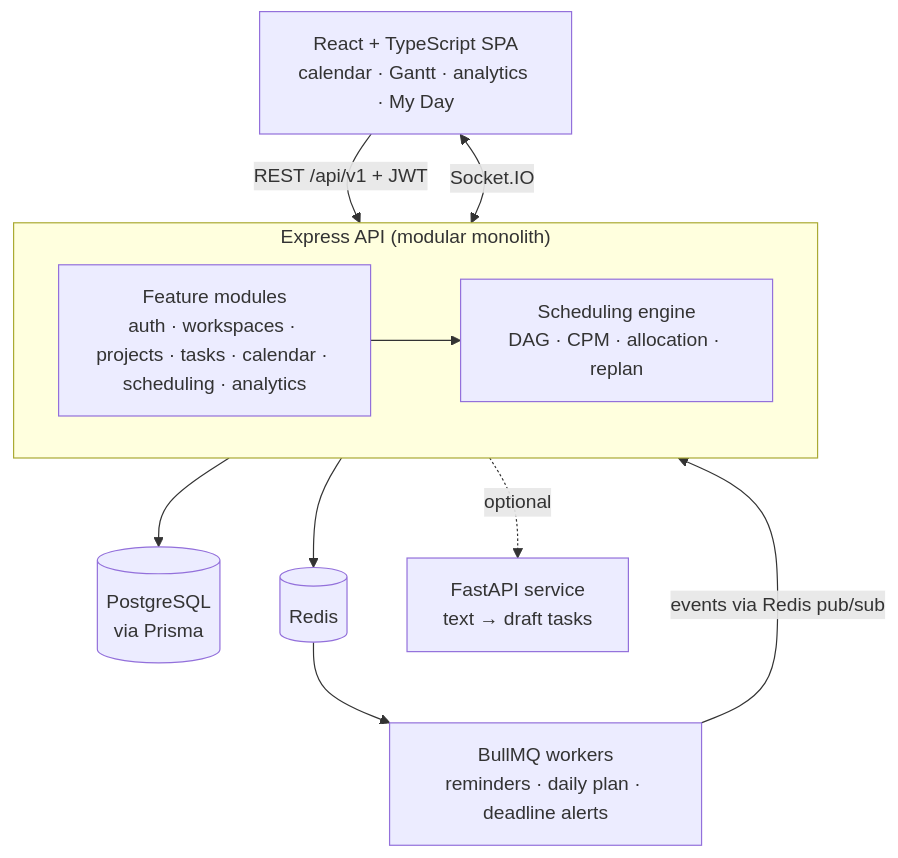
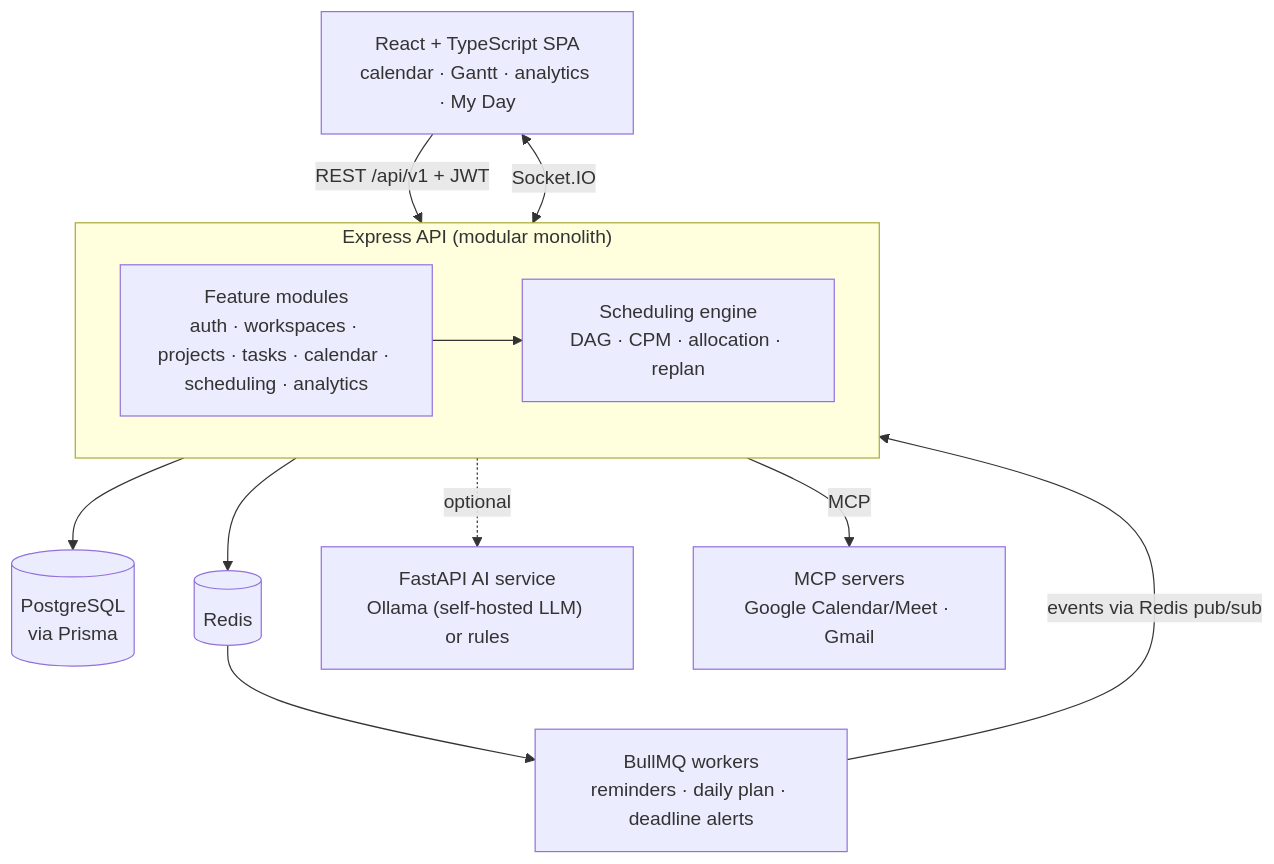
One commit to assmitha2004/smart-scheduling changed the second of 2 diagrams in README.md. Above: the diagram before and after it, drawn with Mermaid. The commit also changed other lines of this file and 44 other files, not shown here.

````diff
--- a/README.md
+++ b/README.md
@@ -125,15 +213,16 @@
 ```mermaid
 flowchart TB
   UI["React + TypeScript SPA<br/>calendar · Gantt · analytics · My Day"] -->|"REST /api/v1 + JWT"| API
   UI <-->|Socket.IO| API
   subgraph API["Express API (modular monolith)"]
     MOD["Feature modules<br/>auth · workspaces · projects · tasks · calendar · scheduling · analytics"]
     ENG["Scheduling engine<br/>DAG · CPM · allocation · replan"]
     MOD --> ENG
   end
   API --> PG[("PostgreSQL<br/>via Prisma")]
   API --> RD[("Redis")]
   RD --> WK["BullMQ workers<br/>reminders · daily plan · deadline alerts"]
   WK -->|"events via Redis pub/sub"| API
-  API -.->|"optional"| PY["FastAPI service<br/>text → draft tasks"]
+  API -.->|"optional"| PY["FastAPI AI service<br/>Ollama (self-hosted LLM) or rules"]
+  API -->|"MCP"| MCP["MCP servers<br/>Google Calendar/Meet · Gmail"]
 ```
````
